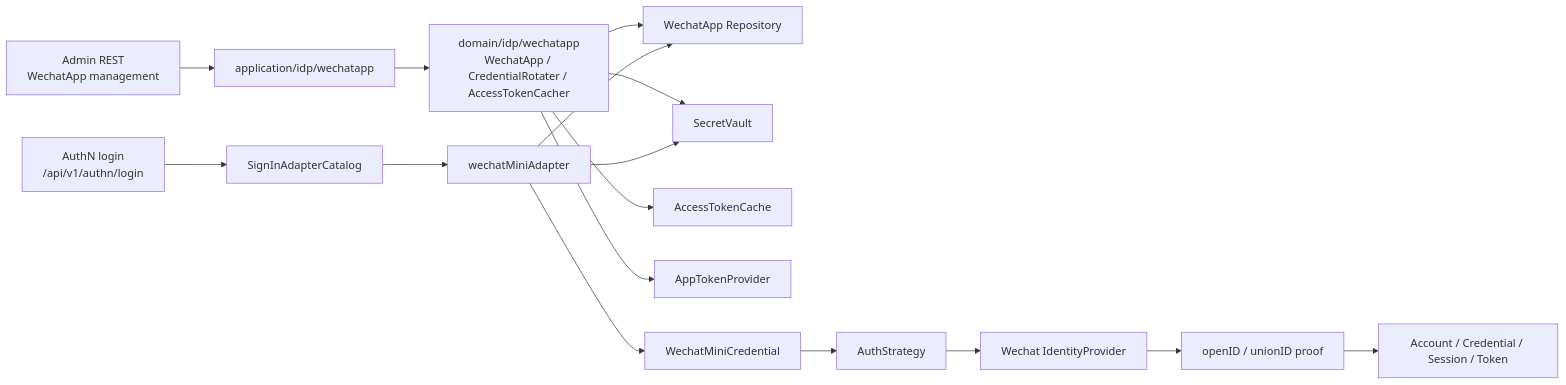
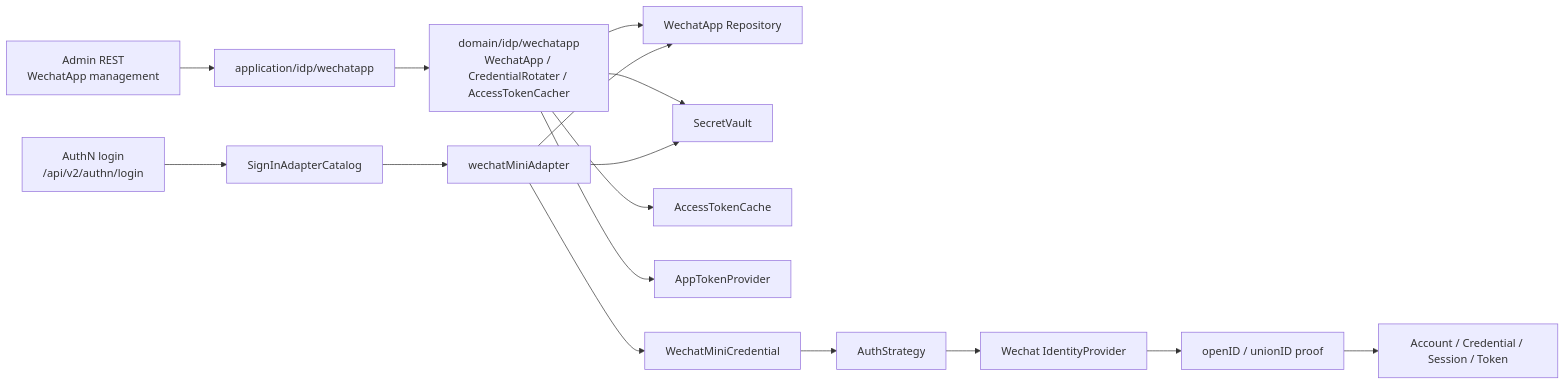
The first of 5 diagrams in docs/05-专题分析/08-IDP与微信登录链路--WechatApp到AuthNProof.md (FangcunMount/iam), drawn with Mermaid before and after one commit. The commit also changed other lines of this file and 611 other files, not shown here.

````diff
--- a/docs/05-专题分析/08-IDP与微信登录链路--WechatApp到AuthNProof.md
+++ b/docs/05-专题分析/08-IDP与微信登录链路--WechatApp到AuthNProof.md
@@ -15,19 +15,19 @@
 ```mermaid
 flowchart LR
     Admin["Admin REST\nWechatApp management"] --> IDPApp["application/idp/wechatapp"]
     IDPApp --> Domain["domain/idp/wechatapp\nWechatApp / CredentialRotater / AccessTokenCacher"]
     Domain --> Repo["WechatApp Repository"]
     Domain --> Vault["SecretVault"]
     Domain --> Cache["AccessTokenCache"]
     Domain --> AppTokenProvider["AppTokenProvider"]
 
-    Login["AuthN login\n/api/v1/authn/login"] --> Catalog["SignInAdapterCatalog"]
+    Login["AuthN login\n/api/v2/authn/login"] --> Catalog["SignInAdapterCatalog"]
     Catalog --> Adapter["wechatMiniAdapter"]
     Adapter --> Repo
     Adapter --> Vault
     Adapter --> Credential["WechatMiniCredential"]
     Credential --> Strategy["AuthStrategy"]
     Strategy --> Provider["Wechat IdentityProvider"]
     Provider --> Proof["openID / unionID proof"]
     Proof --> AuthN["Account / Credential / Session / Token"]
 ```
````
